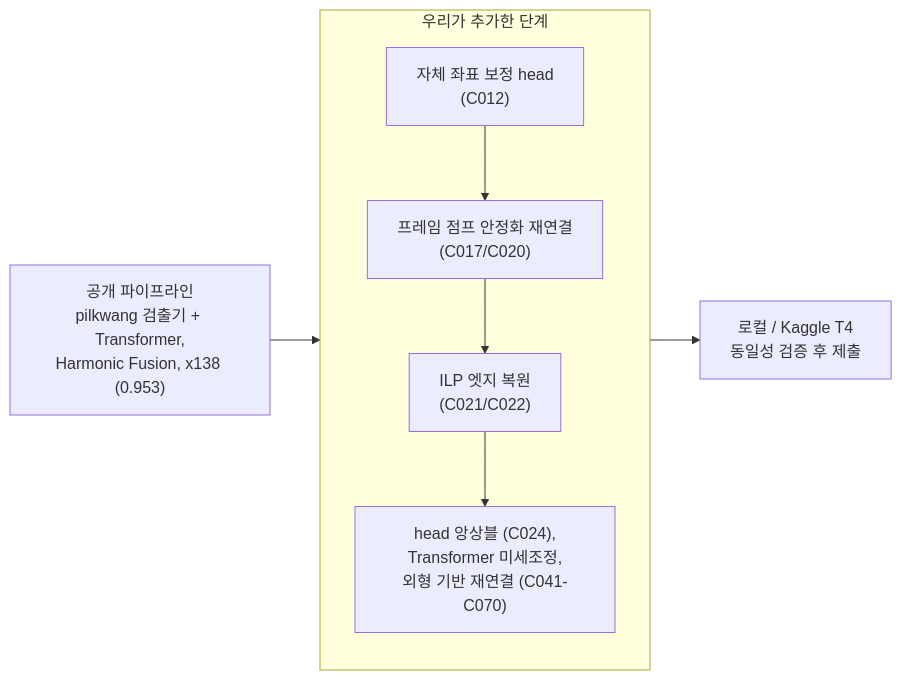
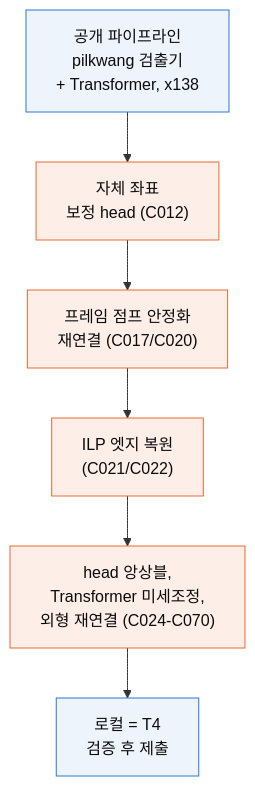
Before and after one commit to TaeyanG4/biohub-cell-tracking-during-development: the diagram in README.ko.md, drawn with Mermaid. The commit also changed other lines of this file and 3 other files, not shown here.

First line of the commit message:
Make Mermaid diagrams readable on GitHub

````diff
--- a/README.ko.md
+++ b/README.ko.md
@@ -28,8 +28,12 @@
 ```mermaid
-flowchart LR
-    PUB["공개 파이프라인<br/>pilkwang 검출기 + Transformer,<br/>Harmonic Fusion, x138 (0.953)"] --> OURS
-    subgraph OURS["우리가 추가한 단계"]
-      H["자체 좌표 보정 head<br/>(C012)"] --> S["프레임 점프 안정화 재연결<br/>(C017/C020)"] --> R["ILP 엣지 복원<br/>(C021/C022)"] --> E["head 앙상블 (C024),<br/>Transformer 미세조정,<br/>외형 기반 재연결 (C041-C070)"]
-    end
-    OURS --> SUB["로컬 / Kaggle T4<br/>동일성 검증 후 제출"]
+flowchart TD
+    PUB["공개 파이프라인<br/>pilkwang 검출기<br/>+ Transformer, x138"] --> H["자체 좌표<br/>보정 head (C012)"]
+    H --> S["프레임 점프 안정화<br/>재연결 (C017/C020)"]
+    S --> R["ILP 엣지 복원<br/>(C021/C022)"]
+    R --> E["head 앙상블,<br/>Transformer 미세조정,<br/>외형 재연결 (C024-C070)"]
+    E --> SUB["로컬 = T4<br/>검증 후 제출"]
+    classDef public fill:#eef4fc,stroke:#2a78d6,color:#0b0b0b;
+    classDef ours fill:#fdeee7,stroke:#eb6834,color:#0b0b0b;
+    class PUB,SUB public;
+    class H,S,R,E ours;
 ```
````
